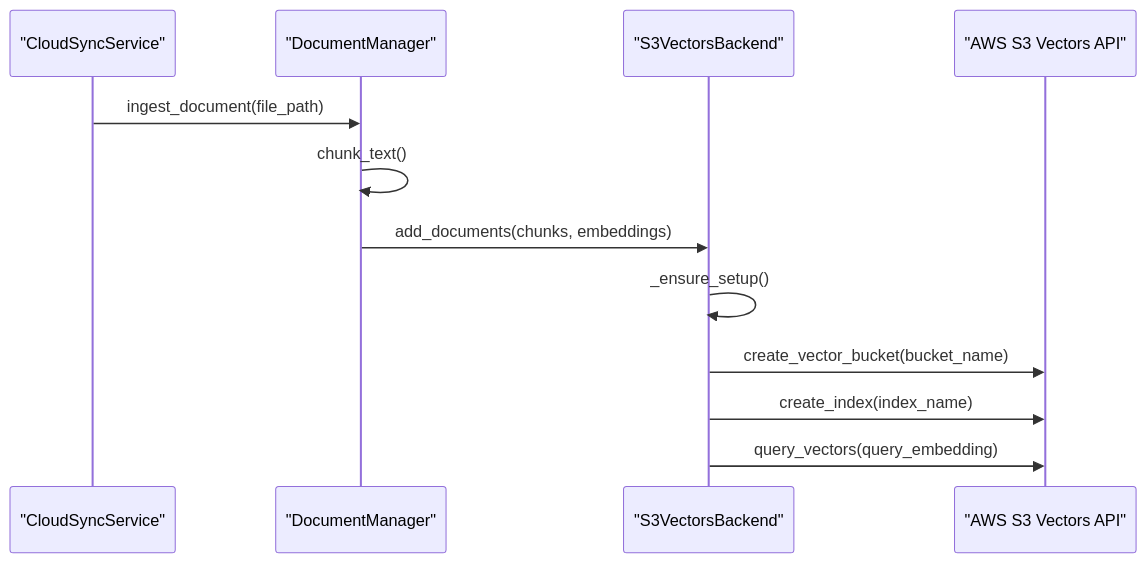
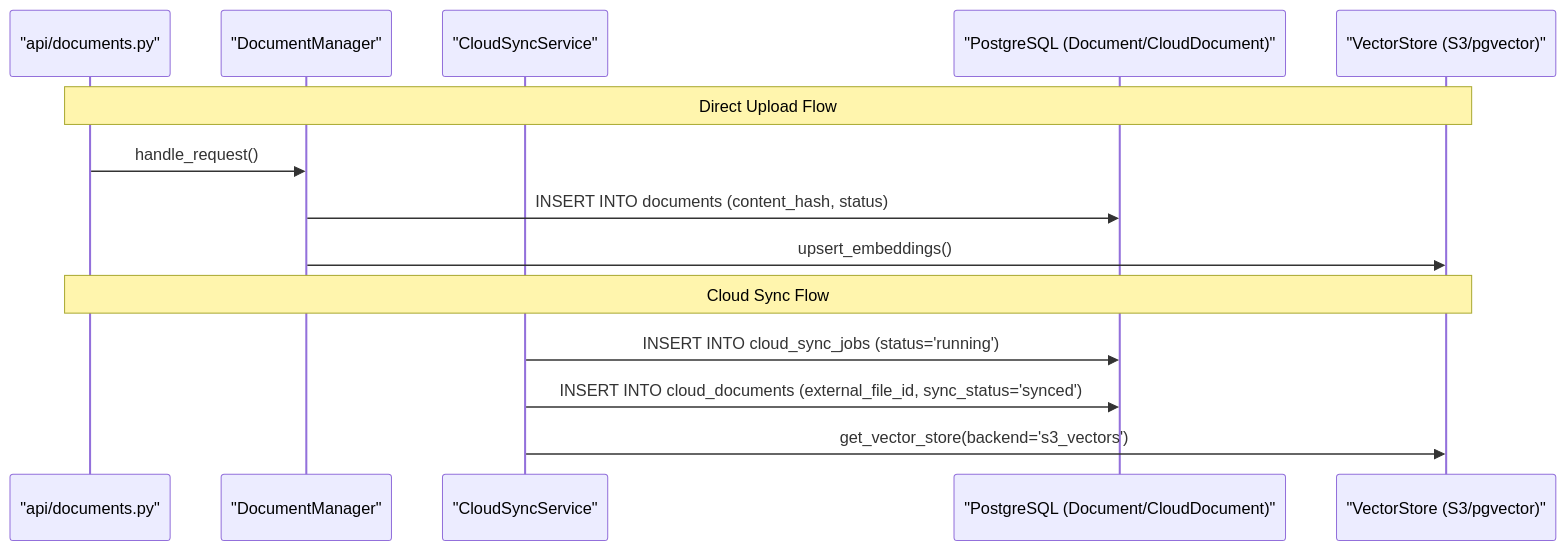
The second of 2 diagrams in docs/knowledge-base-rag/document-ingestion-pipeline.md (AutomatosAI/automatos-ai), drawn with Mermaid before and after one commit. The commit also changed other lines of this file and 153 other files, not shown here.

````diff
--- a/docs/knowledge-base-rag/document-ingestion-pipeline.md
+++ b/docs/knowledge-base-rag/document-ingestion-pipeline.md
@@ -172,15 +168,18 @@
 ```mermaid
 sequenceDiagram
+    participant API as "api/documents.py"
+    participant DM as "DocumentManager"
     participant CS as "CloudSyncService"
-    participant DM as "DocumentManager"
-    participant SV as "S3VectorsBackend"
-    participant AWS as "AWS S3 Vectors API"
+    participant DB as "PostgreSQL (Document/CloudDocument)"
+    participant VS as "VectorStore (S3/pgvector)"
 
-    CS->>DM: ingest_document(file_path)
-    DM->>DM: chunk_text()
-    DM->>SV: add_documents(chunks, embeddings)
-    SV->>SV: _ensure_setup()
-    SV->>AWS: create_vector_bucket(bucket_name)
-    SV->>AWS: create_index(index_name)
-    SV->>AWS: query_vectors(query_embedding)
+    Note over API, VS: Direct Upload Flow
+    API->>DM: handle_request()
+    DM->>DB: INSERT INTO documents (content_hash, status)
+    DM->>VS: upsert_embeddings()
+    
+    Note over API, VS: Cloud Sync Flow
+    CS->>DB: INSERT INTO cloud_sync_jobs (status='running')
+    CS->>DB: INSERT INTO cloud_documents (external_file_id, sync_status='synced')
+    CS->>VS: get_vector_store(backend='s3_vectors')
 ```
````
